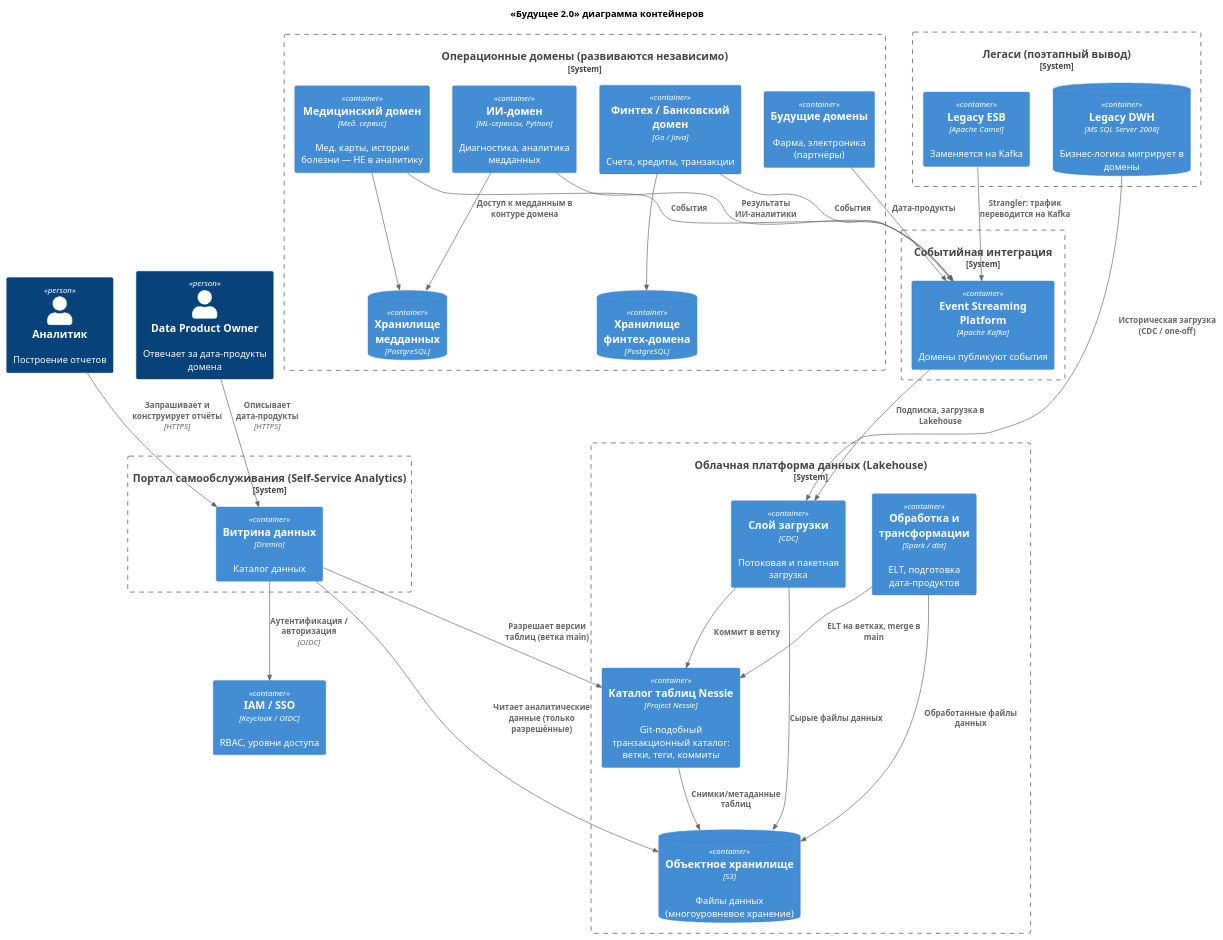
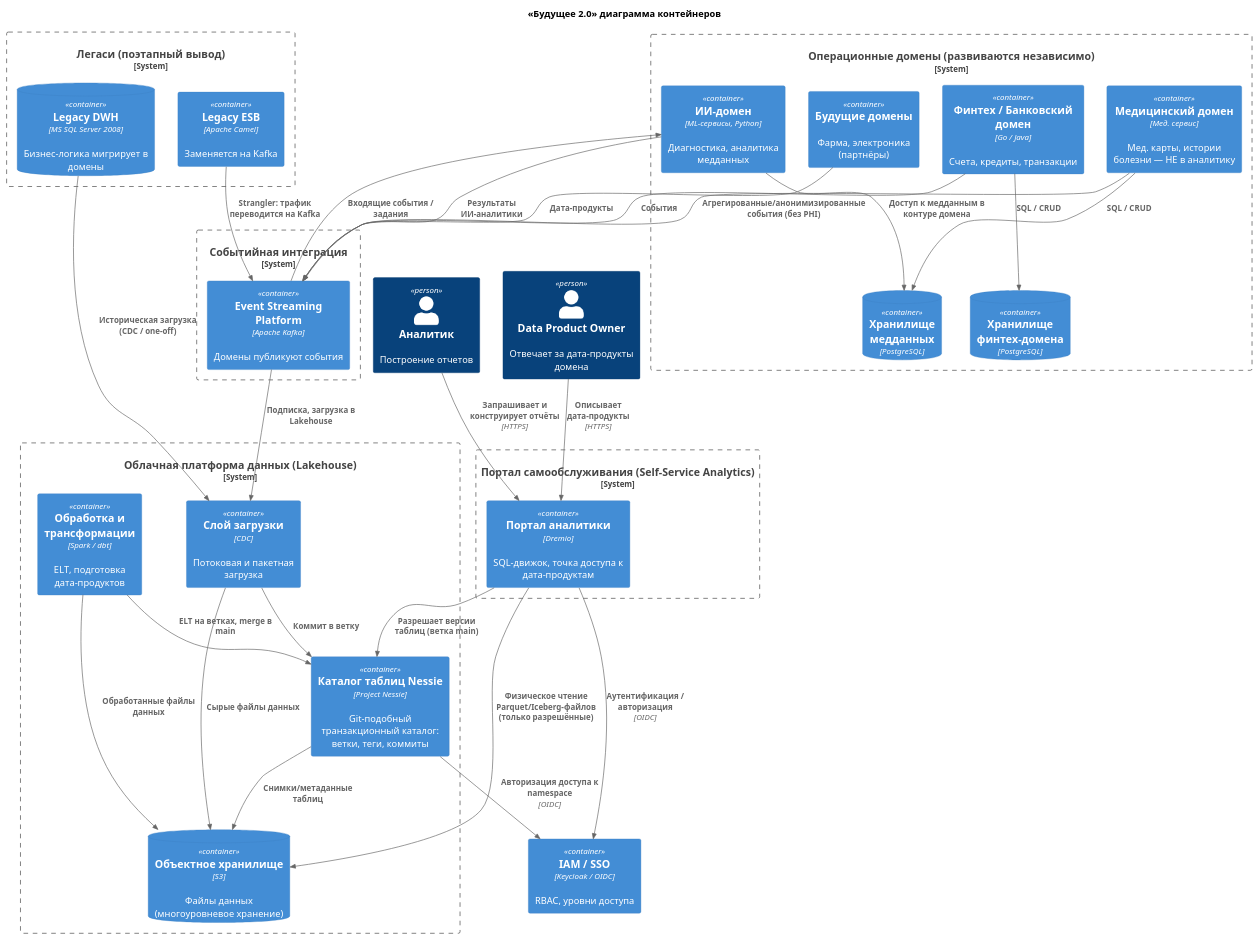
The diagram in Task1/c4-container.puml (Madm1key/architecture-future_2_0), drawn with PlantUML before and after one commit. The commit also changed 1 other file, not shown here.

```diff
--- a/Task1/c4-container.puml
+++ b/Task1/c4-container.puml
@@ -1,66 +1,68 @@
 @startuml c4-container
 !include <C4/C4_Container>
 
 title «Будущее 2.0» диаграмма контейнеров
 
 Person(analyst, "Аналитик", "Построение отчетов")
 Person(owner, "Data Product Owner", "Отвечает за дата-продукты домена")
 
 System_Boundary(ss, "Портал самообслуживания (Self-Service Analytics)") {
-    Container(portal, "Витрина данных", "Dremio", "Каталог данных")
+    Container(portal, "Портал аналитики", "Dremio", "SQL-движок, точка доступа к дата-продуктам")
 }
 
 System_Boundary(lake, "Облачная платформа данных (Lakehouse)") {
     Container(ingest, "Слой загрузки", "CDC", "Потоковая и пакетная загрузка")
     Container(nessie, "Каталог таблиц Nessie", "Project Nessie", "Git-подобный транзакционный каталог: ветки, теги, коммиты")
     ContainerDb(storage, "Объектное хранилище", "S3", "Файлы данных (многоуровневое хранение)")
     Container(process, "Обработка и трансформации", "Spark / dbt", "ELT, подготовка дата-продуктов")
 }
 
 System_Boundary(bus, "Событийная интеграция") {
     Container(kafka, "Event Streaming Platform", "Apache Kafka", "Домены публикуют события")
 }
 
 System_Boundary(domains, "Операционные домены (развиваются независимо)") {
     Container(clinical, "Медицинский домен", "Мед. сервис", "Мед. карты, истории болезни — НЕ в аналитику")
     ContainerDb(clinicaldb, "Хранилище медданных", "PostgreSQL", "")
     Container(fintech, "Финтех / Банковский домен", "Go / Java", "Счета, кредиты, транзакции")
     ContainerDb(fintechdb, "Хранилище финтех-домена", "PostgreSQL", "")
     Container(ai, "ИИ-домен", "ML-сервисы, Python", "Диагностика, аналитика медданных")
     Container(future, "Будущие домены", "", "Фарма, электроника (партнёры)")
 }
 
 Container(iam, "IAM / SSO", "Keycloak / OIDC", "RBAC, уровни доступа")
 
 System_Boundary(legacy, "Легаси (поэтапный вывод)") {
     ContainerDb(dwh, "Legacy DWH", "MS SQL Server 2008", "Бизнес-логика мигрирует в домены")
     Container(esb, "Legacy ESB", "Apache Camel", "Заменяется на Kafka")
 }
 
 Rel(analyst, portal, "Запрашивает и конструирует отчёты", "HTTPS")
 Rel(owner, portal, "Описывает дата-продукты", "HTTPS")
 
 Rel(portal, nessie, "Разрешает версии таблиц (ветка main)")
-Rel(portal, storage, "Читает аналитические данные (только разрешённые)")
+Rel(portal, storage, "Физическое чтение Parquet/Iceberg-файлов (только разрешённые)")
 Rel(portal, iam, "Аутентификация / авторизация", "OIDC")
+Rel(nessie, iam, "Авторизация доступа к namespace", "OIDC")
 
 Rel(ingest, storage, "Сырые файлы данных")
 Rel(ingest, nessie, "Коммит в ветку")
 Rel(process, storage, "Обработанные файлы данных")
 Rel(process, nessie, "ELT на ветках, merge в main")
 Rel(nessie, storage, "Снимки/метаданные таблиц")
 
 Rel(fintech, kafka, "События")
+Rel(kafka, ai, "Входящие события / задания")
 Rel(ai, kafka, "Результаты ИИ-аналитики")
 Rel(future, kafka, "Дата-продукты")
-Rel(clinical, kafka, "События")
+Rel(clinical, kafka, "Агрегированные/анонимизированные события (без PHI)")
 Rel(kafka, ingest, "Подписка, загрузка в Lakehouse")
 
-Rel(clinical, clinicaldb, "")
-Rel(fintech, fintechdb, "")
+Rel(clinical, clinicaldb, "SQL / CRUD")
+Rel(fintech, fintechdb, "SQL / CRUD")
 Rel(ai, clinicaldb, "Доступ к медданным в контуре домена")
 
 Rel(dwh, ingest, "Историческая загрузка (CDC / one-off)")
 Rel(esb, kafka, "Strangler: трафик переводится на Kafka")
 
 @enduml
```
